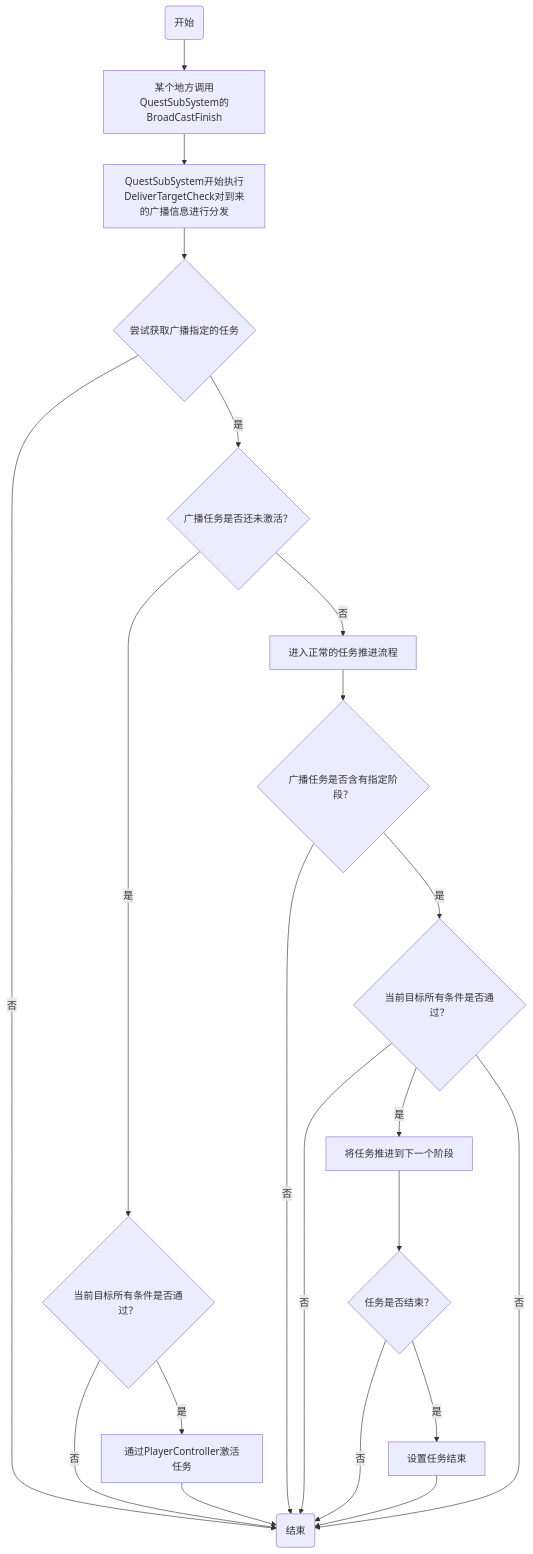
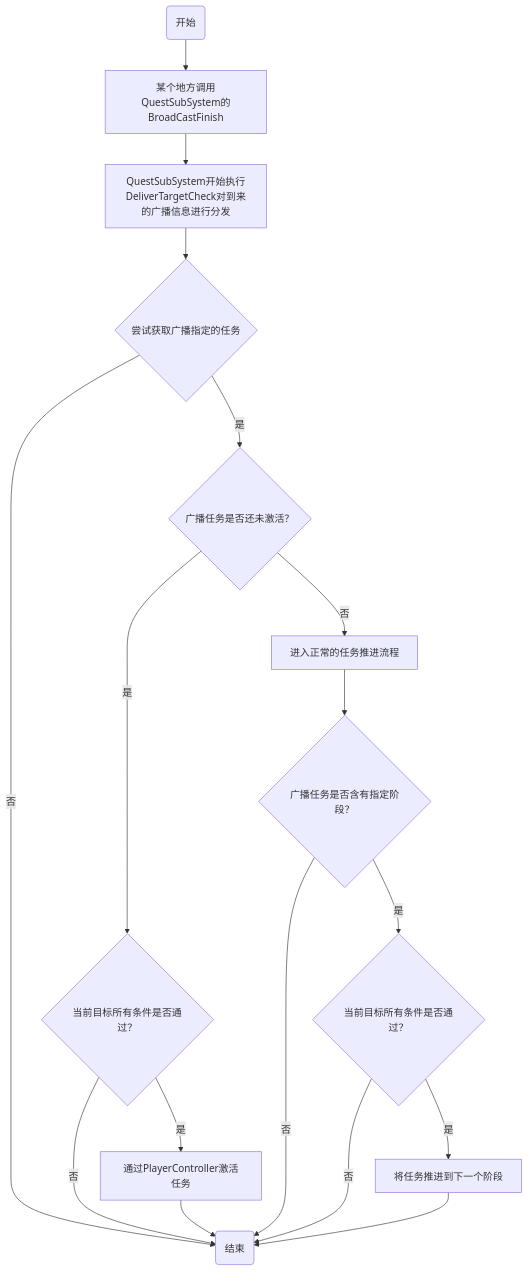
The tenth of 10 diagrams in Document/任务系统，对话系统，以及角色系统文档整理.md (getyo/ARPG_Learn), drawn with Mermaid before and after one commit. The commit also changed other lines of this file and 7 other files, not shown here.

````diff
--- a/Document/任务系统，对话系统，以及角色系统文档整理.md
+++ b/Document/任务系统，对话系统，以及角色系统文档整理.md
@@ -363,24 +388,20 @@
 ``` mermaid
 flowchart
 Start(开始)--> BroadCast[某个地方调用QuestSubSystem的BroadCastFinish]
 BroadCast --> Deliver[QuestSubSystem开始执行DeliverTargetCheck对到来的广播信息进行分发]
 Deliver --> GetQuest{尝试获取广播指定的任务}
 GetQuest --是--> IsStage0{广播任务是否还未激活？}
 GetQuest --否--> End(结束)
 IsStage0 --是--> ConditionPassed{当前目标所有条件是否通过？}
 IsStage0 --否--> QuestPush[进入正常的任务推进流程]
 ConditionPassed --是--> ActiveQuest[通过PlayerController激活任务]
 ConditionPassed --否--> End
 ActiveQuest --> End
 QuestPush --> HasStage{广播任务是否含有指定阶段？}
 HasStage --是--> ConditionPassed0{当前目标所有条件是否通过？}
 HasStage --否--> End
 ConditionPassed0 --是--> NextStage[将任务推进到下一个阶段]
 ConditionPassed0 --否--> End
-NextStage --> IsFinished{任务是否结束？}
-IsFinished --是--> FinishQuest[设置任务结束]
-IsFinished --否--> End
-FinishQuest --> End
-ConditionPassed0 --否--> End
+NextStage --> End
 
 ```
````
